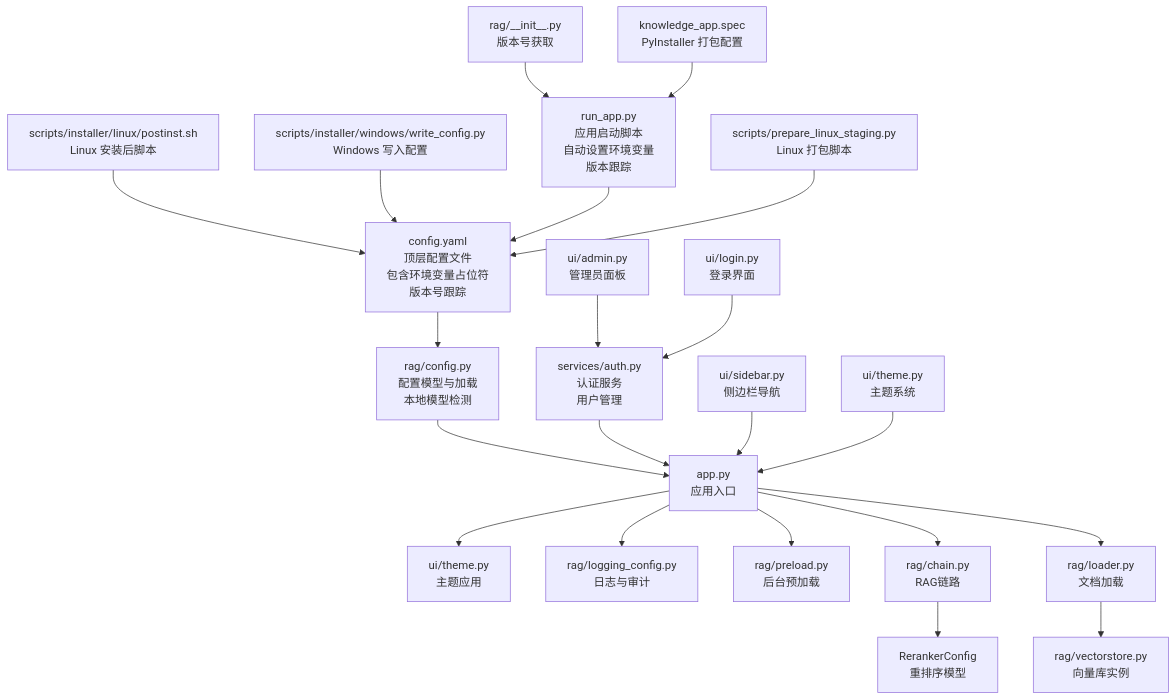
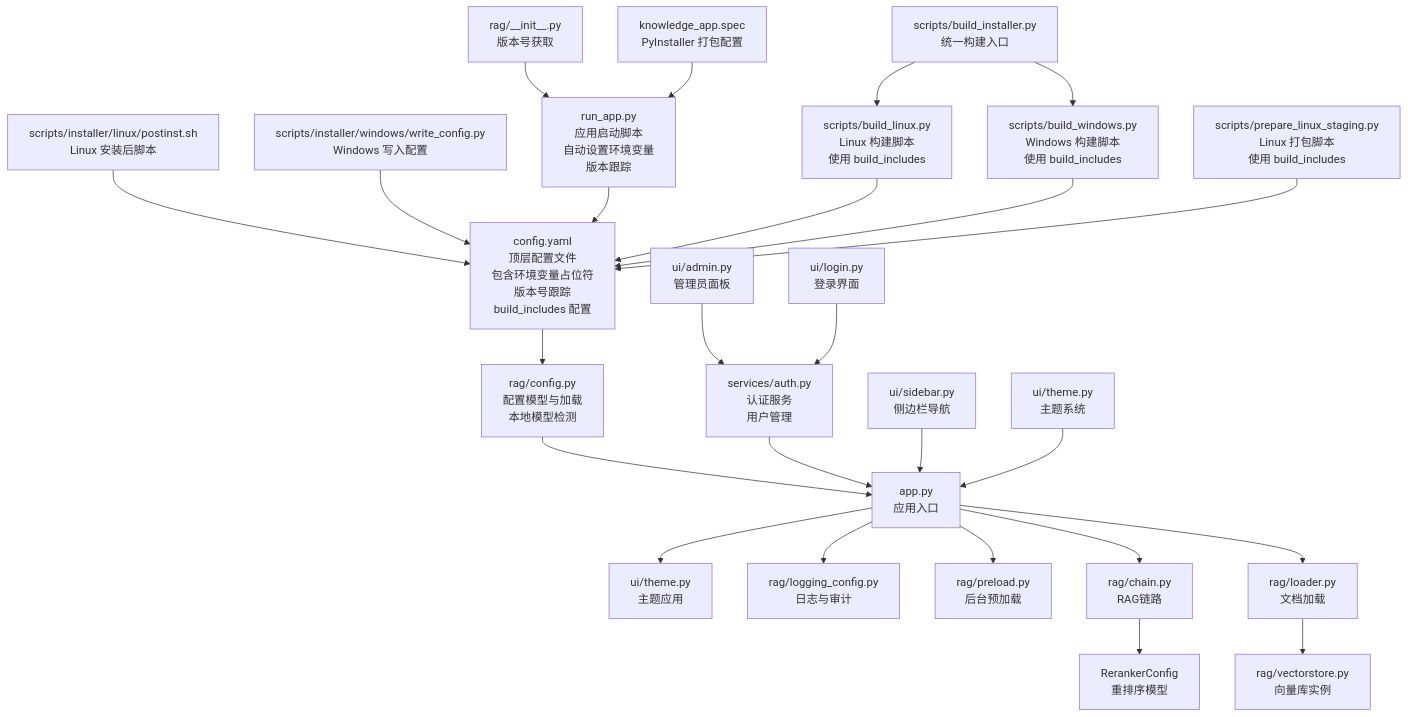
The first of 9 diagrams in .qoder/repowiki/zh/content/RAG核心引擎/配置管理系统.md (joyafa/knowledge), drawn with Mermaid before and after one commit. The commit also changed other lines of this file and 12 other files, not shown here.

````diff
--- a/.qoder/repowiki/zh/content/RAG核心引擎/配置管理系统.md
+++ b/.qoder/repowiki/zh/content/RAG核心引擎/配置管理系统.md
@@ -82,23 +84,27 @@
 ```mermaid
 graph TB
-cfg["config.yaml<br/>顶层配置文件<br/>包含环境变量占位符<br/>版本号跟踪"] --> cm["rag/config.py<br/>配置模型与加载<br/>本地模型检测"]
+cfg["config.yaml<br/>顶层配置文件<br/>包含环境变量占位符<br/>版本号跟踪<br/>build_includes 配置"] --> cm["rag/config.py<br/>配置模型与加载<br/>本地模型检测"]
 cm --> app["app.py<br/>应用入口"]
 app --> ui["ui/theme.py<br/>主题应用"]
 app --> log["rag/logging_config.py<br/>日志与审计"]
 app --> preload["rag/preload.py<br/>后台预加载"]
 app --> chain["rag/chain.py<br/>RAG链路"]
 app --> loader["rag/loader.py<br/>文档加载"]
 chain --> reranker["RerankerConfig<br/>重排序模型"]
 loader --> vs["rag/vectorstore.py<br/>向量库实例"]
 auth["services/auth.py<br/>认证服务<br/>用户管理"] --> app
 admin["ui/admin.py<br/>管理员面板"] --> auth
 login["ui/login.py<br/>登录界面"] --> auth
 sidebar["ui/sidebar.py<br/>侧边栏导航"] --> app
 theme["ui/theme.py<br/>主题系统"] --> app
 inst_lnx["scripts/installer/linux/postinst.sh<br/>Linux 安装后脚本"] --> cfg
 inst_win["scripts/installer/windows/write_config.py<br/>Windows 写入配置"] --> cfg
 run_app["run_app.py<br/>应用启动脚本<br/>自动设置环境变量<br/>版本跟踪"] --> cfg
-staging["scripts/prepare_linux_staging.py<br/>Linux 打包脚本"] --> cfg
+build_linux["scripts/build_linux.py<br/>Linux 构建脚本<br/>使用 build_includes"] --> cfg
+build_windows["scripts/build_windows.py<br/>Windows 构建脚本<br/>使用 build_includes"] --> cfg
+build_installer["scripts/build_installer.py<br/>统一构建入口"] --> build_linux
+build_installer --> build_windows
+staging["scripts/prepare_linux_staging.py<br/>Linux 打包脚本<br/>使用 build_includes"] --> cfg
 version["rag/__init__.py<br/>版本号获取"] --> run_app
 pack["knowledge_app.spec<br/>PyInstaller 打包配置"] --> run_app
 ```
````
